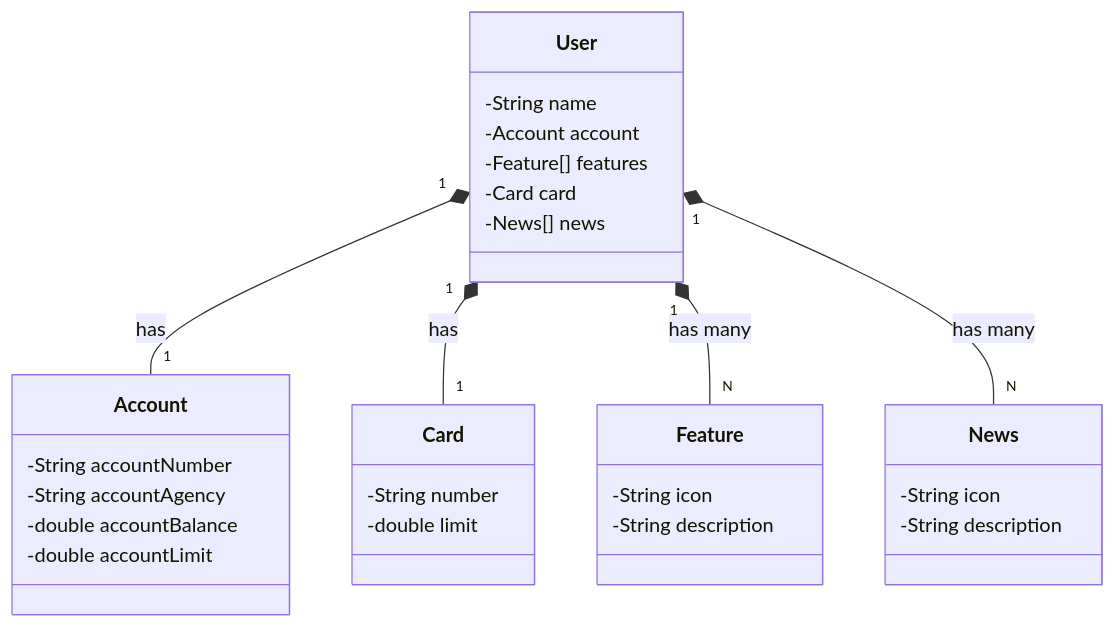
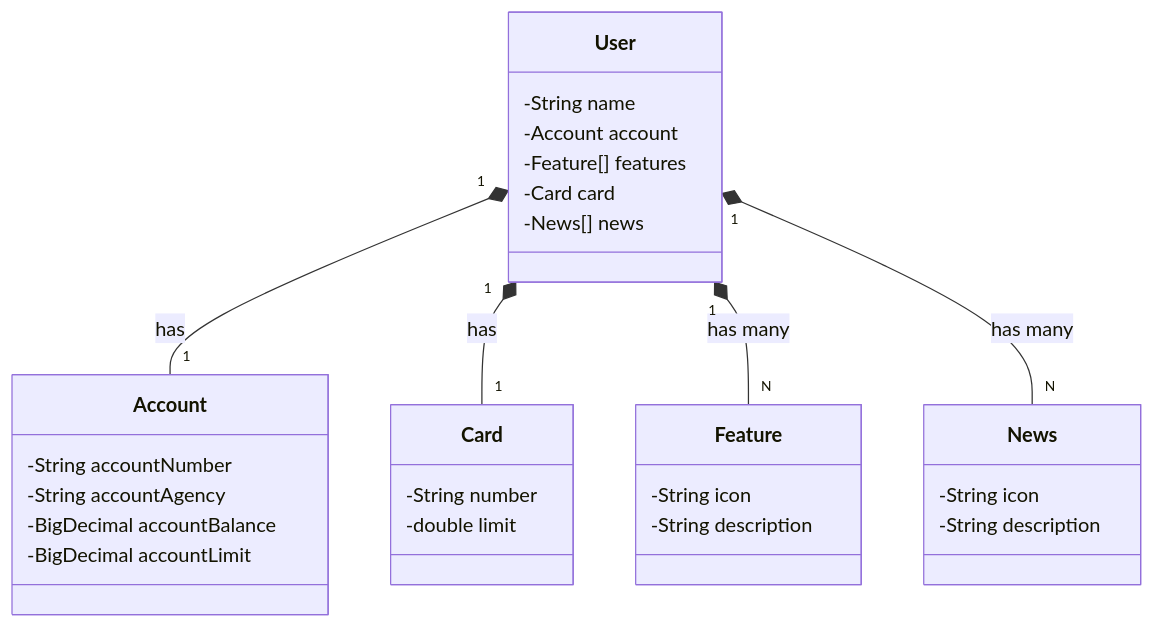
One commit to jctinin/api-dev-week2025 changed the diagram in README.md. Above: the diagram before and after it, drawn with Mermaid.

````diff
--- a/README.md
+++ b/README.md
@@ -6,37 +6,37 @@
 ```mermaid
 classDiagram
     class User {
         -String name
         -Account account
         -Feature[] features
         -Card card
         -News[] news
     }
 
     class Account {
         -String accountNumber
         -String accountAgency
-        -double accountBalance
-        -double accountLimit
+        -BigDecimal accountBalance
+        -BigDecimal accountLimit
     }
 
     class Feature {
         -String icon
         -String description
     }
 
     class Card {
         -String number
         -double limit
     }
 
     class News {
         -String icon
         -String description
     }
 
     User "1" *-- "1" Account : has
     User "1" *-- "1" Card : has
     User "1" *-- "N" Feature : has many
     User "1" *-- "N" News : has many
 ```
````
